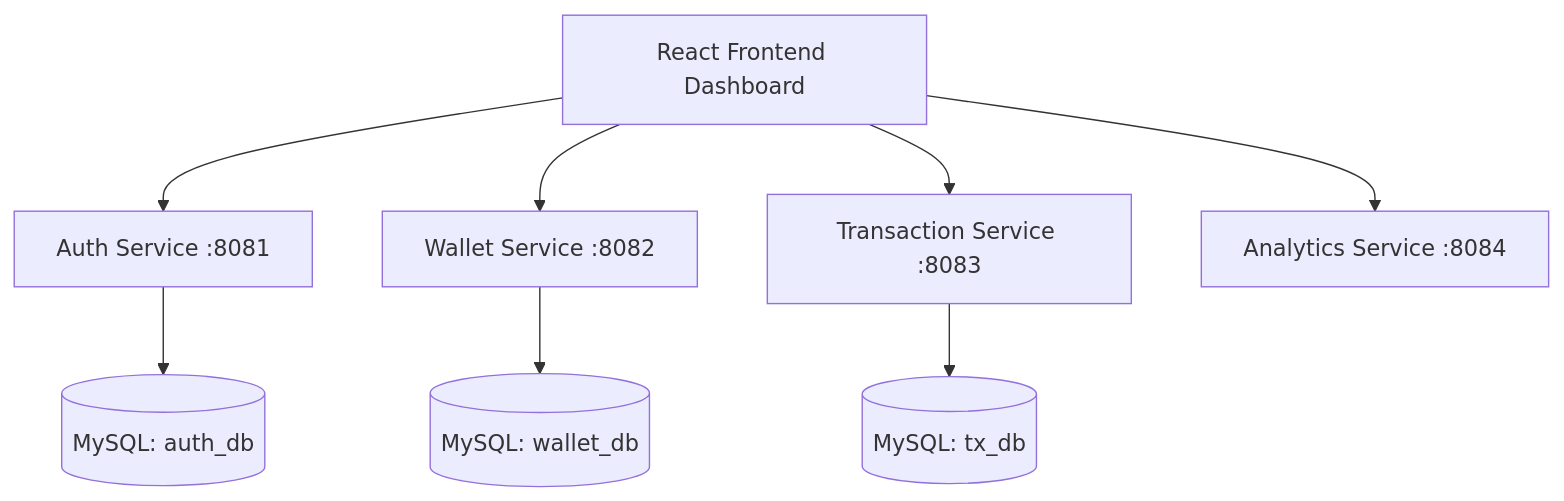
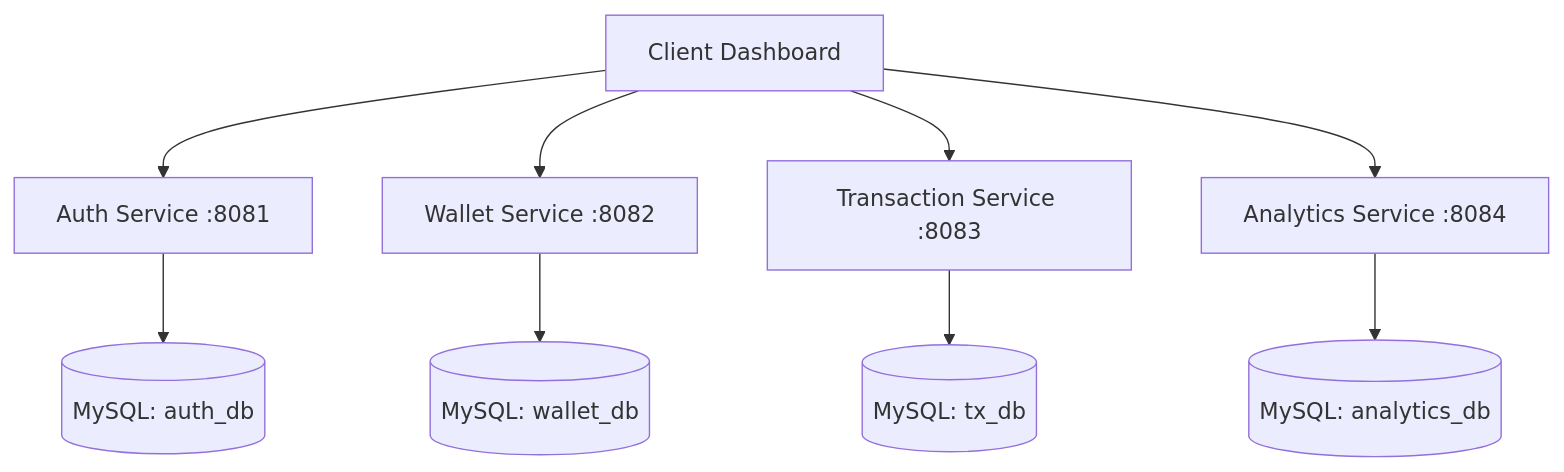
Before and after one commit to sandy-sanjay/Smart-Digital-Wallet-Expense-Management-: the diagram in README.md, drawn with Mermaid. The commit also changed other lines of this file, not shown here.

````diff
--- a/README.md
+++ b/README.md
@@ -25,11 +16,12 @@
 ```mermaid
 graph TD
-    Client[React Frontend Dashboard] --> Auth[Auth Service :8081]
+    Client[Client Dashboard] --> Auth[Auth Service :8081]
     Client --> Wallet[Wallet Service :8082]
     Client --> Tx[Transaction Service :8083]
     Client --> Analytics[Analytics Service :8084]
     
     Auth --> DB_Auth[(MySQL: auth_db)]
     Wallet --> DB_Wallet[(MySQL: wallet_db)]
     Tx --> DB_Tx[(MySQL: tx_db)]
+    Analytics --> DB_Analytics[(MySQL: analytics_db)]
 ```
````
